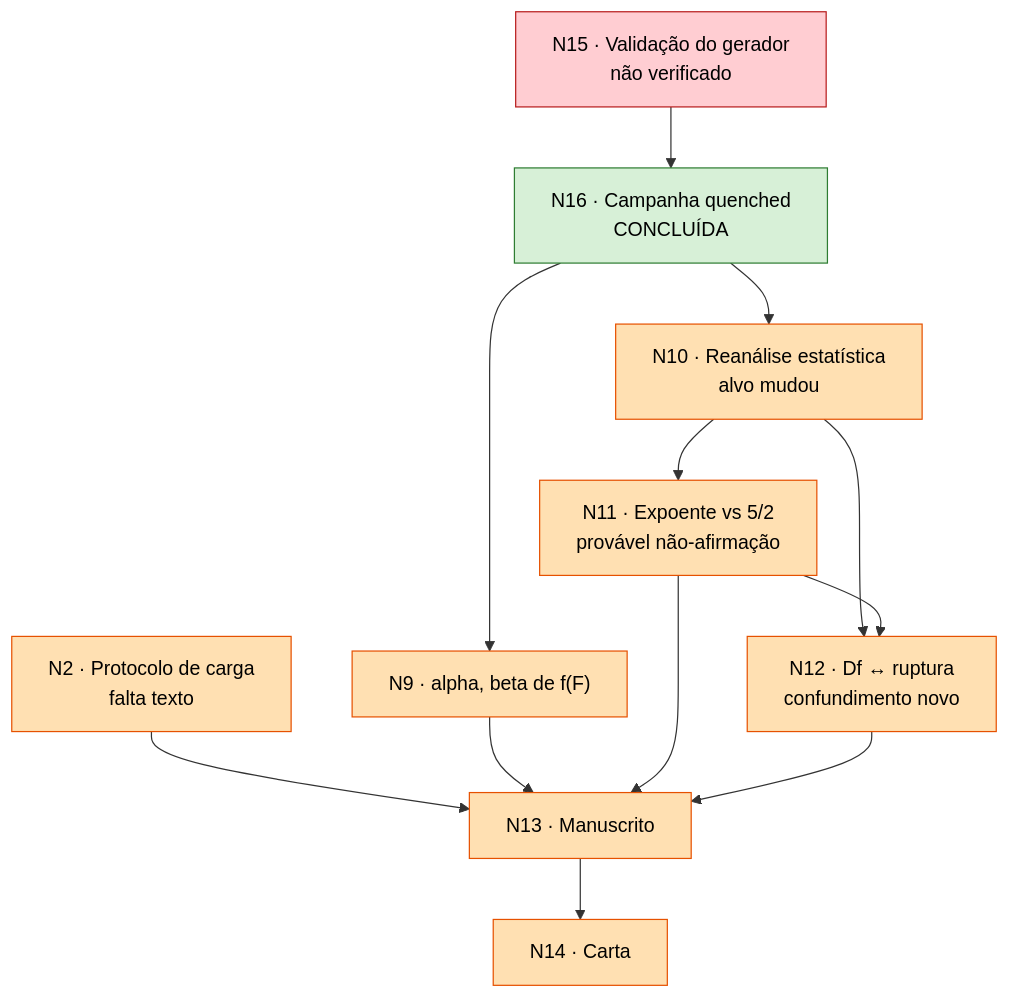
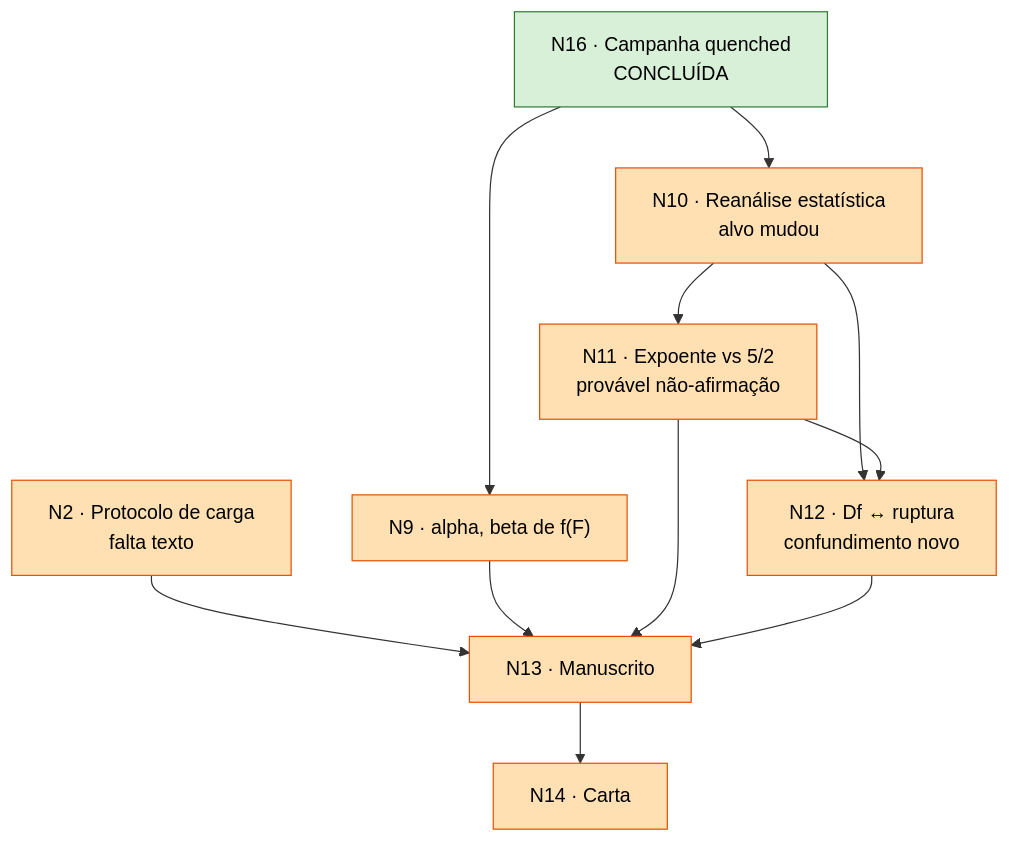
One commit to michaelsouza/dla-collagen changed the diagram in Reviews/Estado_revisao_ER12738.md. Above: the diagram before and after it, drawn with Mermaid. The commit also changed other lines of this file and 2 other files, not shown here.

````diff
--- a/Reviews/Estado_revisao_ER12738.md
+++ b/Reviews/Estado_revisao_ER12738.md
@@ -38,31 +38,28 @@
 ```mermaid
 graph TD
-  N15["N15 · Validação do gerador<br/>não verificado"]
   N16["N16 · Campanha quenched<br/>CONCLUÍDA"]
   N2["N2 · Protocolo de carga<br/>falta texto"]
   N9["N9 · alpha, beta de f(F)"]
   N10["N10 · Reanálise estatística<br/>alvo mudou"]
   N11["N11 · Expoente vs 5/2<br/>provável não-afirmação"]
   N12["N12 · Df ↔ ruptura<br/>confundimento novo"]
   N13["N13 · Manuscrito"]
   N14["N14 · Carta"]
 
-  N15 --> N16
   N16 --> N9
   N16 --> N10
   N10 --> N11
   N10 --> N12
   N11 --> N12
   N2 --> N13
   N9 --> N13
   N11 --> N13
   N12 --> N13
   N13 --> N14
 
   classDef feito fill:#d7f0d7,stroke:#2e7d32,color:#000;
   classDef aberto fill:#ffe0b2,stroke:#e65100,color:#000;
   classDef critico fill:#ffcdd2,stroke:#b71c1c,color:#000;
   class N16 feito;
   class N2,N9,N10,N11,N12,N13,N14 aberto;
-  class N15 critico;
 ```
````
